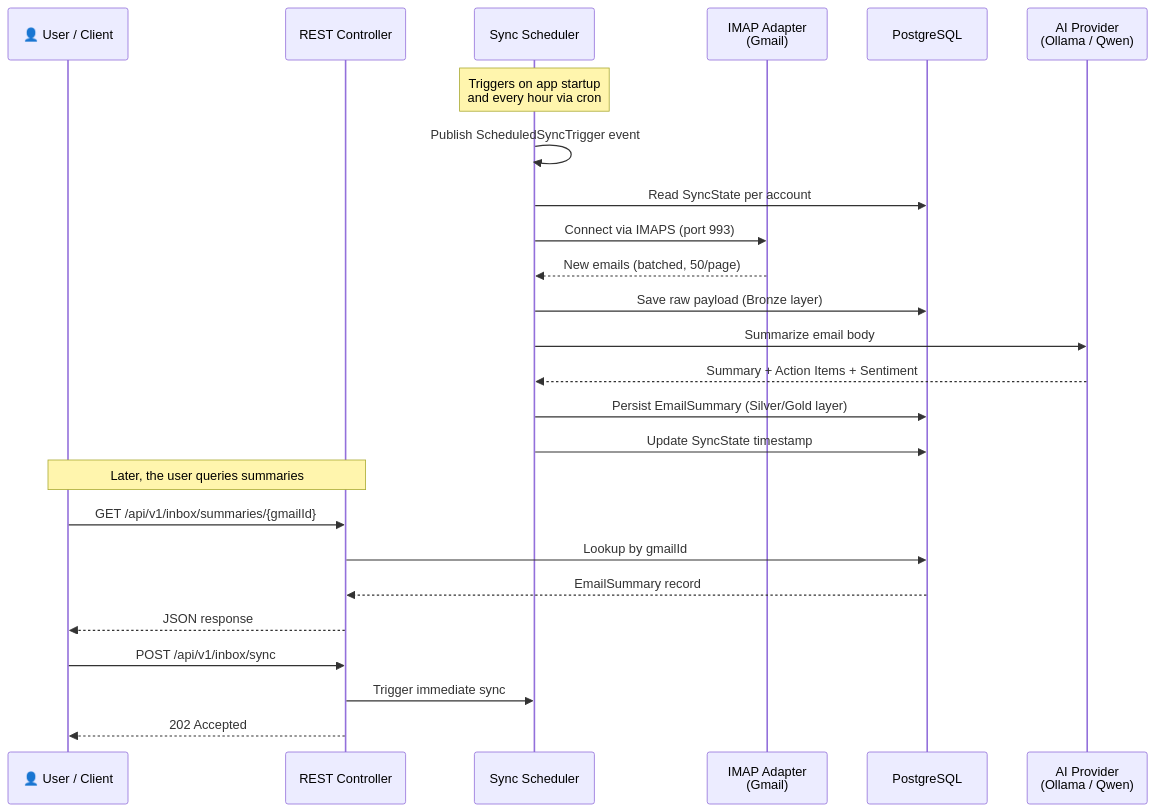
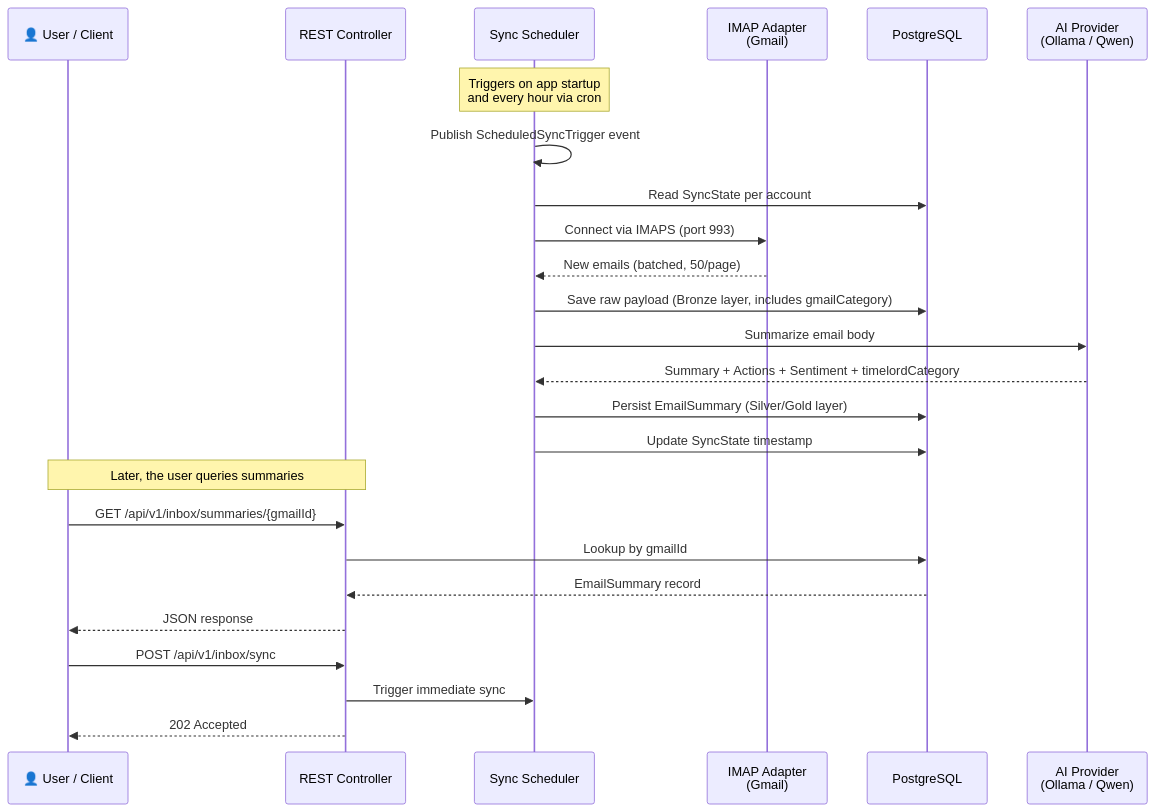
The diagram in docs/usage/inbox-intelligence-guide.md (kbi101/20260401), drawn with Mermaid before and after one commit. The commit also changed other lines of this file and 14 other files, not shown here.

First line of the commit message:
feat: Add two-tier email classification (gmailCategory & timelordCategory)

````diff
--- a/docs/usage/inbox-intelligence-guide.md
+++ b/docs/usage/inbox-intelligence-guide.md
@@ -22,32 +23,32 @@
 ```mermaid
 sequenceDiagram
     participant User as 👤 User / Client
     participant API as REST Controller
     participant Scheduler as Sync Scheduler
     participant IMAP as IMAP Adapter<br/>(Gmail)
     participant DB as PostgreSQL
     participant LLM as AI Provider<br/>(Ollama / Qwen)
 
     Note over Scheduler: Triggers on app startup<br/>and every hour via cron
 
     Scheduler->>Scheduler: Publish ScheduledSyncTrigger event
     Scheduler->>DB: Read SyncState per account
     Scheduler->>IMAP: Connect via IMAPS (port 993)
     IMAP-->>Scheduler: New emails (batched, 50/page)
-    Scheduler->>DB: Save raw payload (Bronze layer)
+    Scheduler->>DB: Save raw payload (Bronze layer, includes gmailCategory)
     Scheduler->>LLM: Summarize email body
-    LLM-->>Scheduler: Summary + Action Items + Sentiment
+    LLM-->>Scheduler: Summary + Actions + Sentiment + timelordCategory
     Scheduler->>DB: Persist EmailSummary (Silver/Gold layer)
     Scheduler->>DB: Update SyncState timestamp
 
     Note over User,API: Later, the user queries summaries
 
     User->>API: GET /api/v1/inbox/summaries/{gmailId}
     API->>DB: Lookup by gmailId
     DB-->>API: EmailSummary record
     API-->>User: JSON response
 
     User->>API: POST /api/v1/inbox/sync
     API->>Scheduler: Trigger immediate sync
     API-->>User: 202 Accepted
 ```
````
